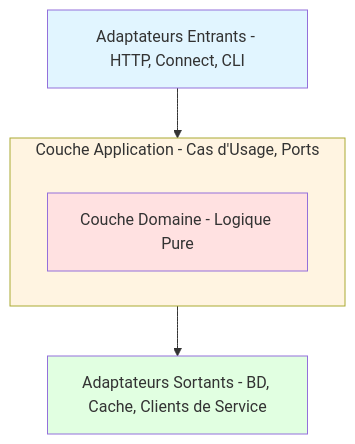
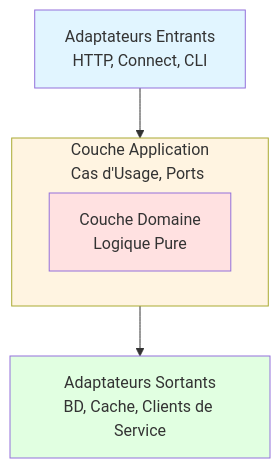
Before and after one commit to pivaldi/go-modular-monolith-white-paper: the fifth of 7 diagrams in README_fr.md, drawn with Mermaid. The commit also changed other lines of this file and 1 other file, not shown here.

````diff
--- a/README_fr.md
+++ b/README_fr.md
@@ -1141,19 +1141,19 @@
 ```mermaid
 %%{init: {'flowchart': {'subGraphTitleMargin': {'top': 0, 'bottom': 20}}}}%%
 graph TB
-    inbound["Adaptateurs Entrants - HTTP, Connect, CLI"]
+    inbound["Adaptateurs Entrants<br/>HTTP, Connect, CLI"]
 
-    subgraph application["Couche Application - Cas d'Usage, Ports"]
-        domain["Couche Domaine - Logique Pure"]
+    subgraph application["Couche Application<br/>Cas d'Usage, Ports"]
+        domain["Couche Domaine<br/>Logique Pure"]
     end
 
-    outbound["Adaptateurs Sortants - BD, Cache, Clients de Service"]
+    outbound["Adaptateurs Sortants<br/>BD, Cache, Clients de Service"]
 
     inbound --> application
     application --> outbound
 
     style inbound fill:#e1f5ff
     style application fill:#fff4e1
     style domain fill:#ffe1e1
     style outbound fill:#e1ffe1
 ```
````
